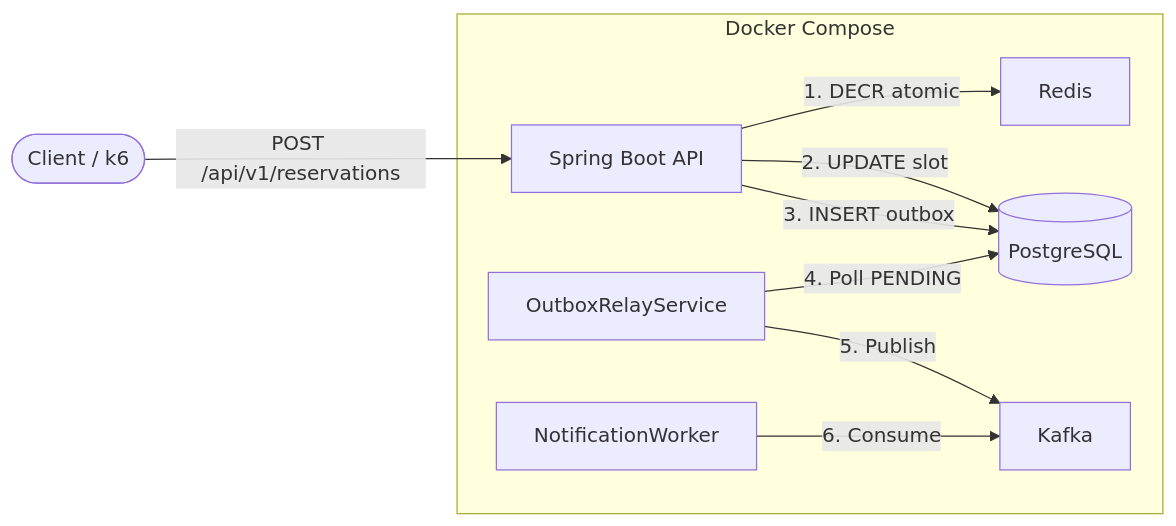
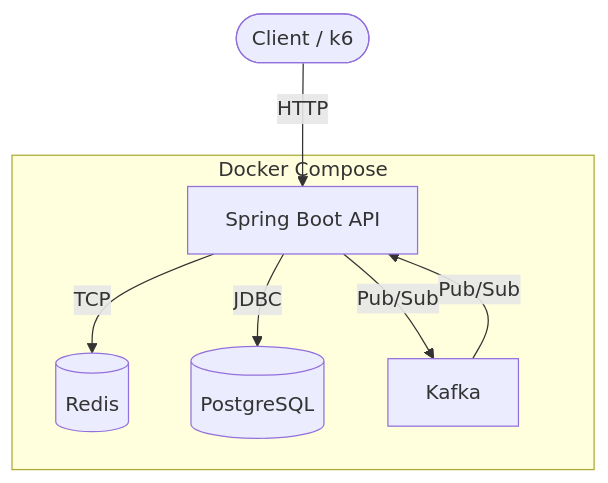
Before and after one commit to tranhuytoan161104/BurstSlot: the first of 2 diagrams in README.md, drawn with Mermaid.

Commit message:
docs: update architecture diagram in README to reflect current infrastructure flow

````diff
--- a/README.md
+++ b/README.md
@@ -17,13 +17,17 @@
 ```mermaid
-flowchart LR
-    Client(["Client / k6"]) -->|POST /api/v1/reservations| API["Spring Boot API"]
+flowchart TD
+    Client(["Client / k6"])
 
-    subgraph Docker Compose
-        API -->|1. DECR atomic| Redis["Redis"]
-        API -->|2. UPDATE slot| PG[("PostgreSQL")]
-        API -->|3. INSERT outbox| PG
-        Relay["OutboxRelayService"] -->|4. Poll PENDING| PG
-        Relay -->|5. Publish| Kafka["Kafka"]
-        Worker["NotificationWorker"] -->|6. Consume| Kafka
+    subgraph infra ["Docker Compose"]
+        API["Spring Boot API"]
+        Redis[("Redis")]
+        PG[("PostgreSQL")]
+        Kafka["Kafka"]
     end
+
+    Client -- "HTTP" --> API
+    API -- "TCP" --> Redis
+    API -- "JDBC" --> PG
+    API -- "Pub/Sub" --> Kafka
+    Kafka -- "Pub/Sub" --> API
 ```
````
